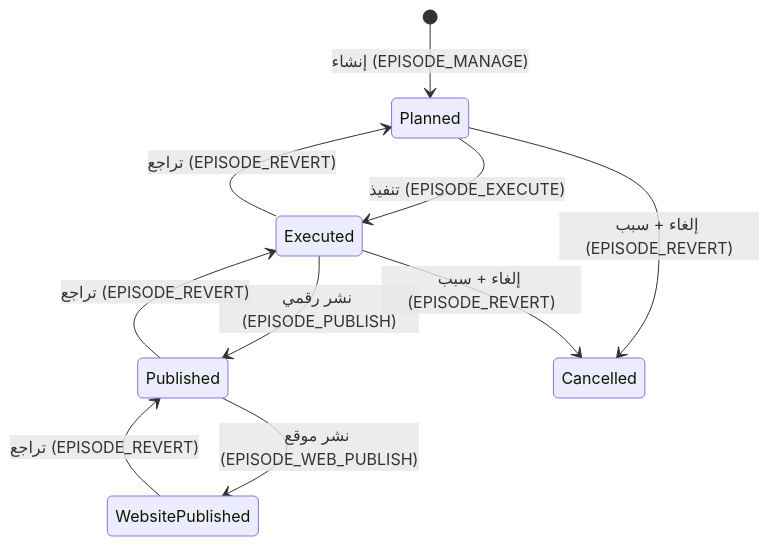
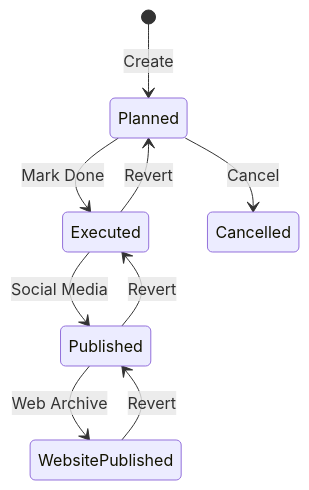
The second of 2 diagrams in README.md (dabasgaza/Radio), drawn with Mermaid before and after one commit. The commit also changed other lines of this file and 1 other file, not shown here.

````diff
--- a/README.md
+++ b/README.md
@@ -112,12 +91,12 @@
 ```mermaid
 stateDiagram-v2
-    [*] --> Planned : إنشاء (EPISODE_MANAGE)
-    Planned --> Executed : تنفيذ (EPISODE_EXECUTE)
-    Executed --> Published : نشر رقمي (EPISODE_PUBLISH)
-    Published --> WebsitePublished : نشر موقع (EPISODE_WEB_PUBLISH)
-    WebsitePublished --> Published : تراجع (EPISODE_REVERT)
-    Published --> Executed : تراجع (EPISODE_REVERT)
-    Executed --> Planned : تراجع (EPISODE_REVERT)
-    Planned --> Cancelled : إلغاء + سبب (EPISODE_REVERT)
-    Executed --> Cancelled : إلغاء + سبب (EPISODE_REVERT)
+    [*] --> Planned: Create
+    Planned --> Executed: Mark Done
+    Executed --> Published: Social Media
+    Published --> WebsitePublished: Web Archive
+    
+    WebsitePublished --> Published: Revert
+    Published --> Executed: Revert
+    Executed --> Planned: Revert
+    Planned --> Cancelled: Cancel
 ```
````
